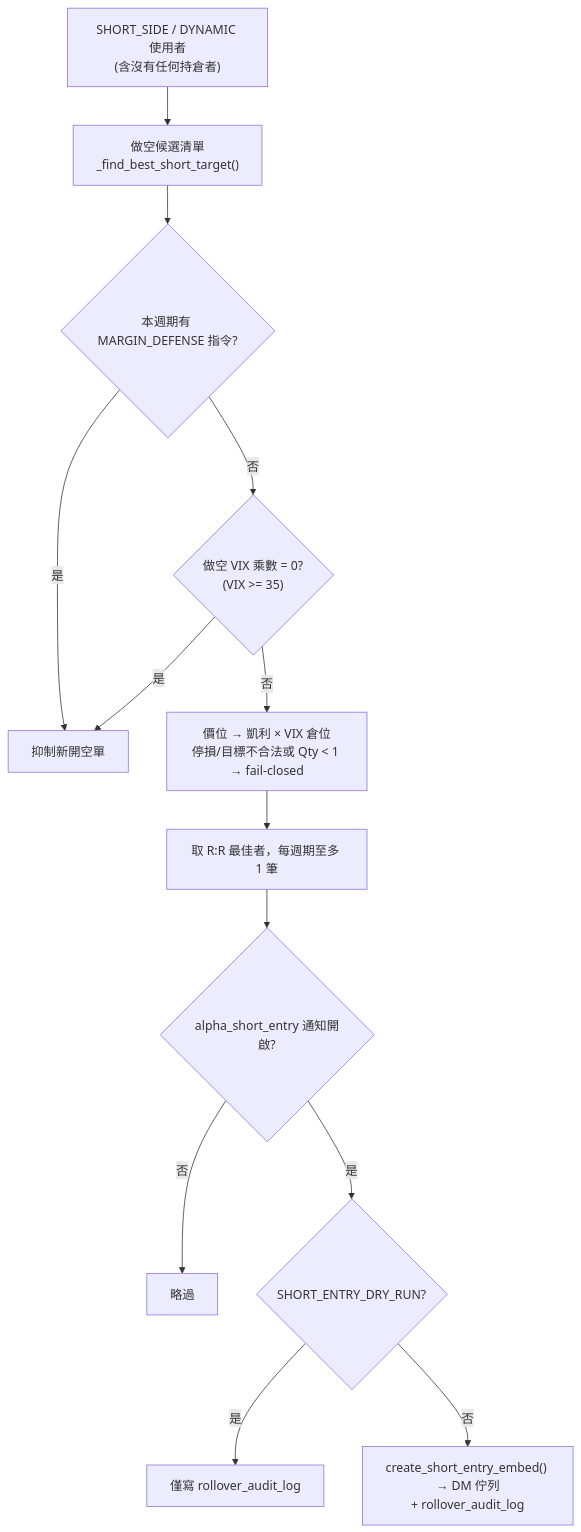
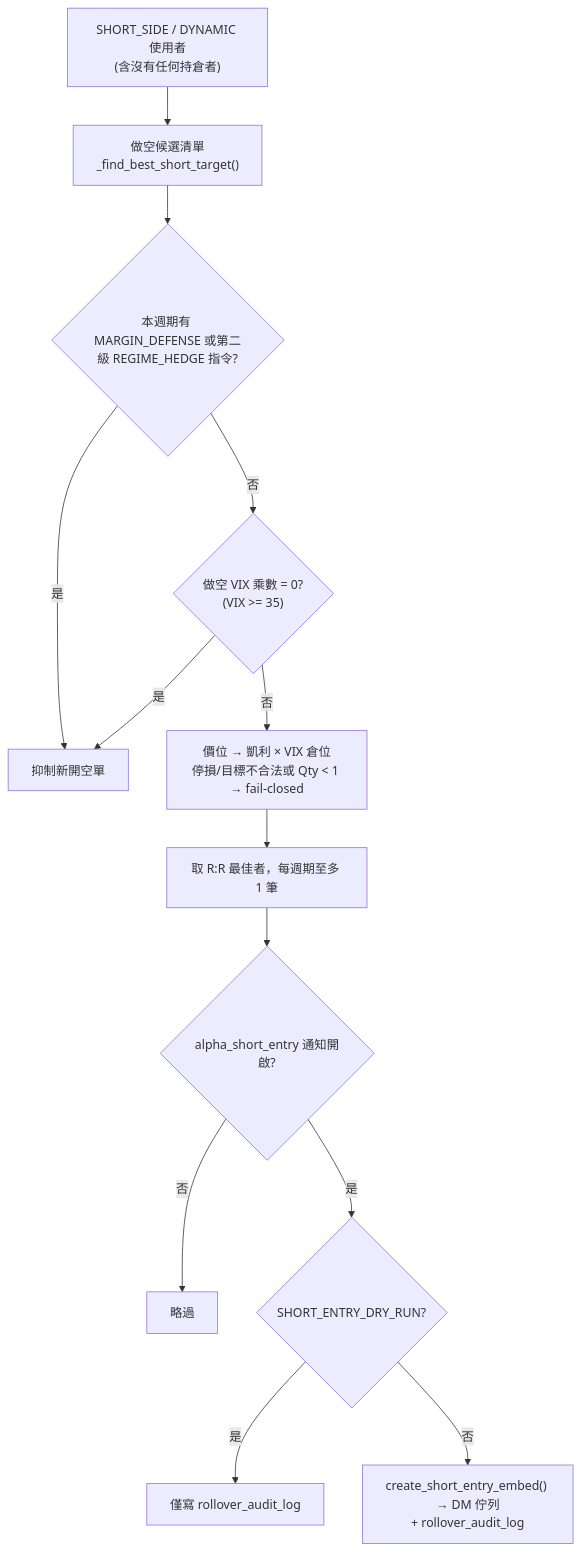
The second of 2 diagrams in docs/strategies/07_short_side_breakdown_ironclad.md (cosmo-chang-1701/nexus-seeker), drawn with Mermaid before and after one commit. The commit also changed other lines of this file and 28 other files, not shown here.

First line of the commit message:
sop(regime-hedge): 兩級體制避險（震盪 PSQ／急跌 SQQQ·SOXS）取代保證金防禦無赤字反向 ETF 路由 (#202)

````diff
--- a/docs/strategies/07_short_side_breakdown_ironclad.md
+++ b/docs/strategies/07_short_side_breakdown_ironclad.md
@@ -190,15 +190,15 @@
 ```mermaid
 flowchart TD
     Users["SHORT_SIDE / DYNAMIC 使用者<br/>(含沒有任何持倉者)"] --> Cands["做空候選清單<br/>_find_best_short_target()"]
-    Cands --> Gate1{"本週期有 MARGIN_DEFENSE 指令?"}
+    Cands --> Gate1{"本週期有 MARGIN_DEFENSE 或第二級 REGIME_HEDGE 指令?"}
     Gate1 -- 是 --> Suppress["抑制新開空單"]
     Gate1 -- 否 --> Gate2{"做空 VIX 乘數 = 0?<br/>(VIX >= 35)"}
     Gate2 -- 是 --> Suppress
     Gate2 -- 否 --> Size["價位 → 凱利 × VIX 倉位<br/>停損/目標不合法或 Qty < 1 → fail-closed"]
     Size --> One["取 R:R 最佳者，每週期至多 1 筆"]
     One --> Notif{"alpha_short_entry 通知開啟?"}
     Notif -- 否 --> Drop["略過"]
     Notif -- 是 --> Dry{"SHORT_ENTRY_DRY_RUN?"}
     Dry -- 是 --> Audit["僅寫 rollover_audit_log"]
     Dry -- 否 --> DM["create_short_entry_embed() → DM 佇列<br/>+ rollover_audit_log"]
 ```
````
